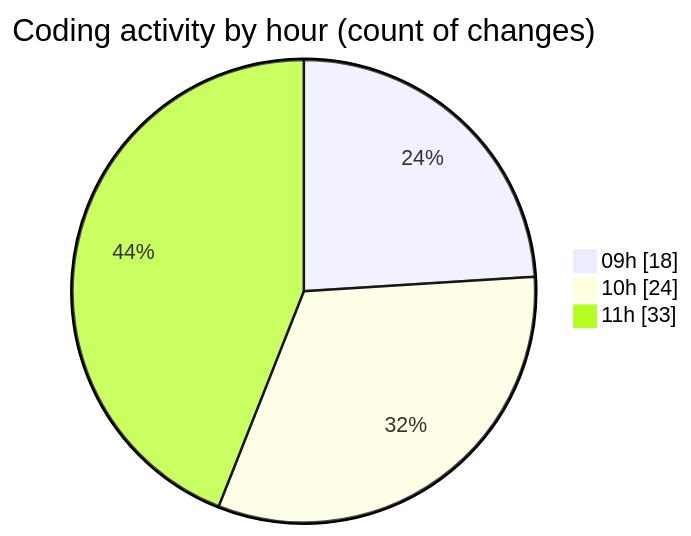
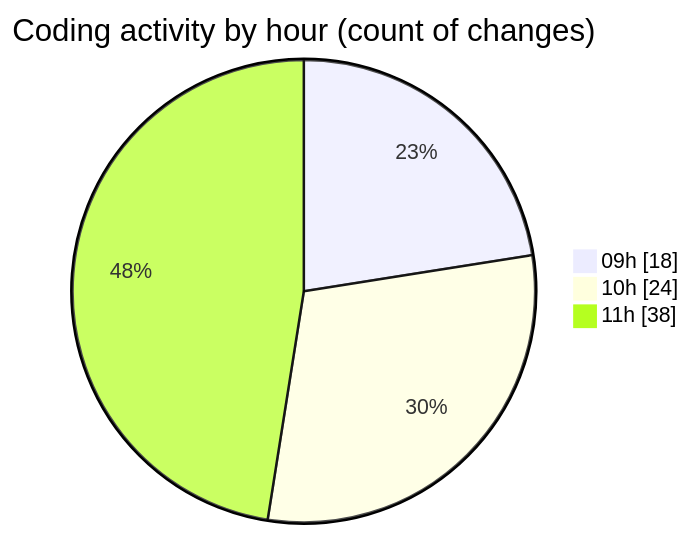
One commit to momahboobian/code-tracking changed the second of 2 diagrams in 2025-09-16/cda/README.md. Above: the diagram before and after it, drawn with Mermaid. The commit also changed other lines of this file and 1 other file, not shown here.

````diff
--- a/2025-09-16/cda/README.md
+++ b/2025-09-16/cda/README.md
@@ -35,7 +35,7 @@
 ```mermaid
 pie showData
 title Coding activity by hour (count of changes)
 "09h" : 18
 "10h" : 24
-"11h" : 33
+"11h" : 38
 ```
````
